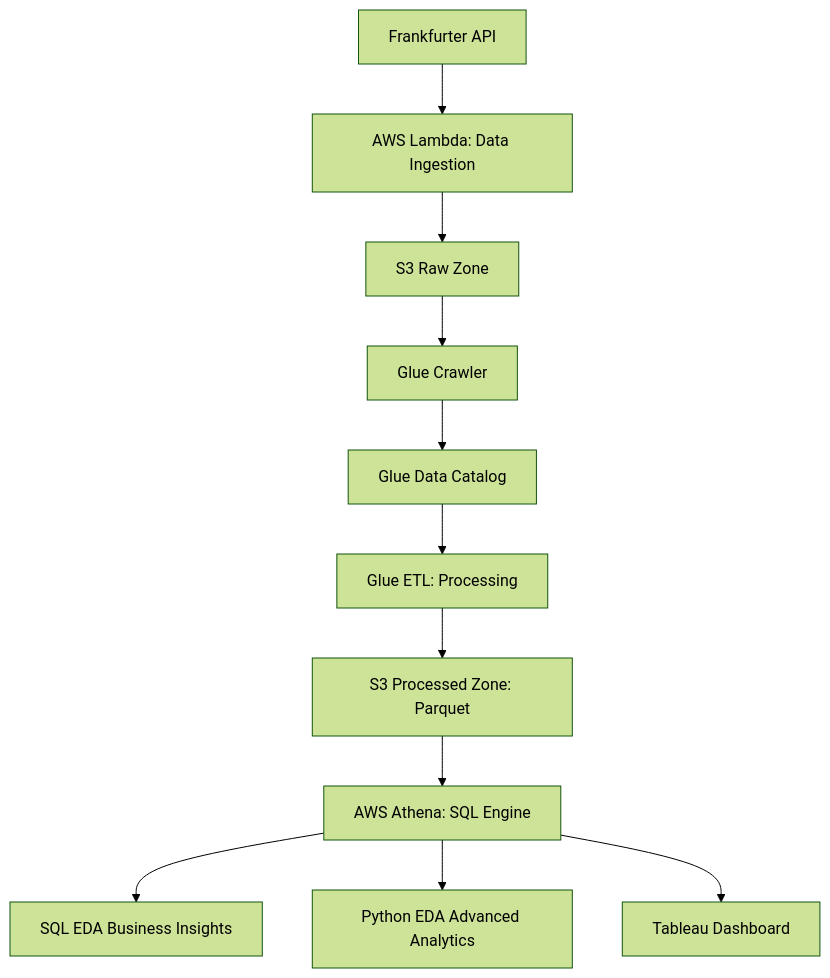
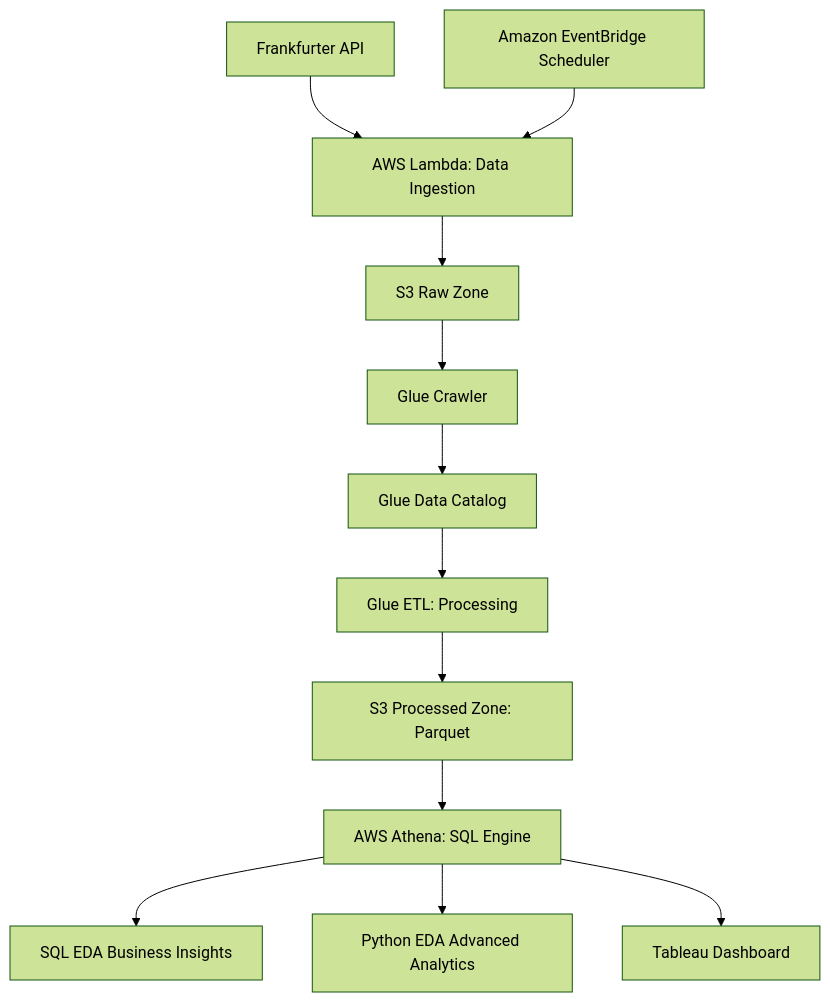
Before and after one commit to AnushaShankar17/currency-analytics-platform: the diagram in README.md, drawn with Mermaid (forest theme).

````diff
--- a/README.md
+++ b/README.md
@@ -30,13 +30,14 @@
 ```mermaid
 graph TD
     A[Frankfurter API] --> B[AWS Lambda: Data Ingestion];
+    EB[Amazon EventBridge Scheduler] --> B
     B --> C[S3 Raw Zone];
     C --> D[Glue Crawler];
     D --> E[Glue Data Catalog];
     E --> F[Glue ETL: Processing];
     F --> G[S3 Processed Zone: Parquet];
     G --> H[AWS Athena: SQL Engine];
     H --> I[SQL EDA Business Insights];
     H --> J[Python EDA Advanced Analytics];
     H --> K[Tableau Dashboard];
 ```
````
